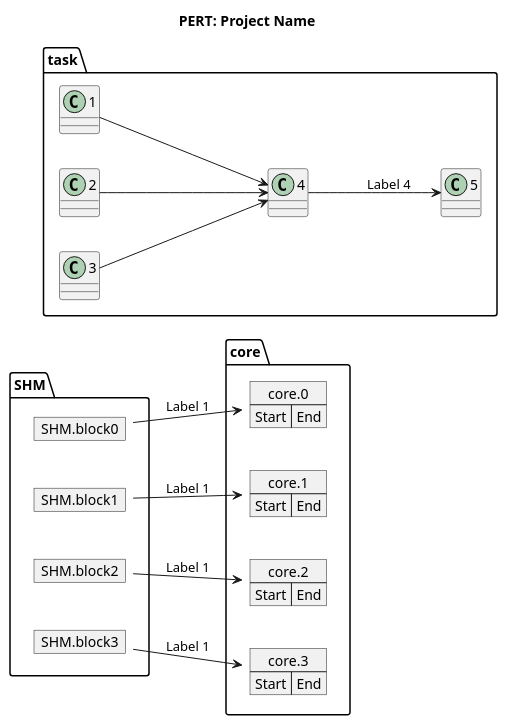
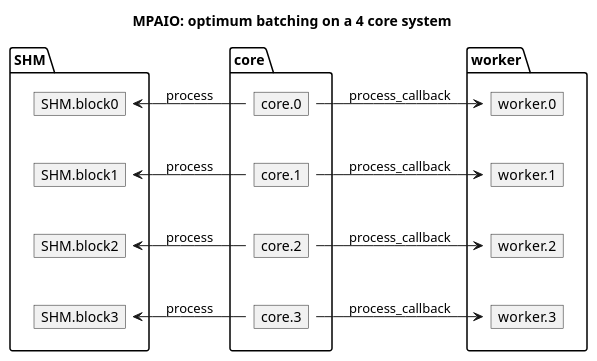
One commit to laker-93/mpaio changed the diagram in diagram.puml. Above: the diagram before and after it, drawn with PlantUML. The commit also changed 1 other file, not shown here.

Commit message:
add diagram and bump version

```diff
--- a/diagram.puml
+++ b/diagram.puml
@@ -1,36 +1,42 @@
 @startuml
 left to right direction
 ' Horizontal lines: -->, <--, <-->
 ' Vertical lines: ->, <-, <->
-title PERT: Project Name
+title MPAIO: optimum batching on a 4 core system
 
 map SHM.block0 {
 }
 map SHM.block1 {
 }
 map SHM.block2 {
 }
 map SHM.block3 {
 }
 map core.0 {
-    Start => End
 }
 map core.1 {
-    Start => End
 }
 map core.2 {
-    Start => End
 }
 map core.3 {
-    Start => End
+}
+map worker.0 {
+}
+map worker.1 {
+}
+map worker.2 {
+}
+map worker.3 {
 }
 
-SHM.block0 --> core.0 : Label 1
-SHM.block1 --> core.1 : Label 1
-SHM.block2 --> core.2 : Label 1
-SHM.block3 --> core.3 : Label 1
-task.1 --> task.4
-task.2 --> task.4
-task.3 --> task.4
-task.4 --> task.5 : Label 4
+SHM.block0 <-- core.0 : process
+SHM.block1 <-- core.1 : process
+SHM.block2 <-- core.2 : process
+SHM.block3 <-- core.3 : process
+
+core.0 --> worker.0 : process_callback
+core.1 --> worker.1 : process_callback
+core.2 --> worker.2 : process_callback
+core.3 --> worker.3 : process_callback
+
 @enduml
```
